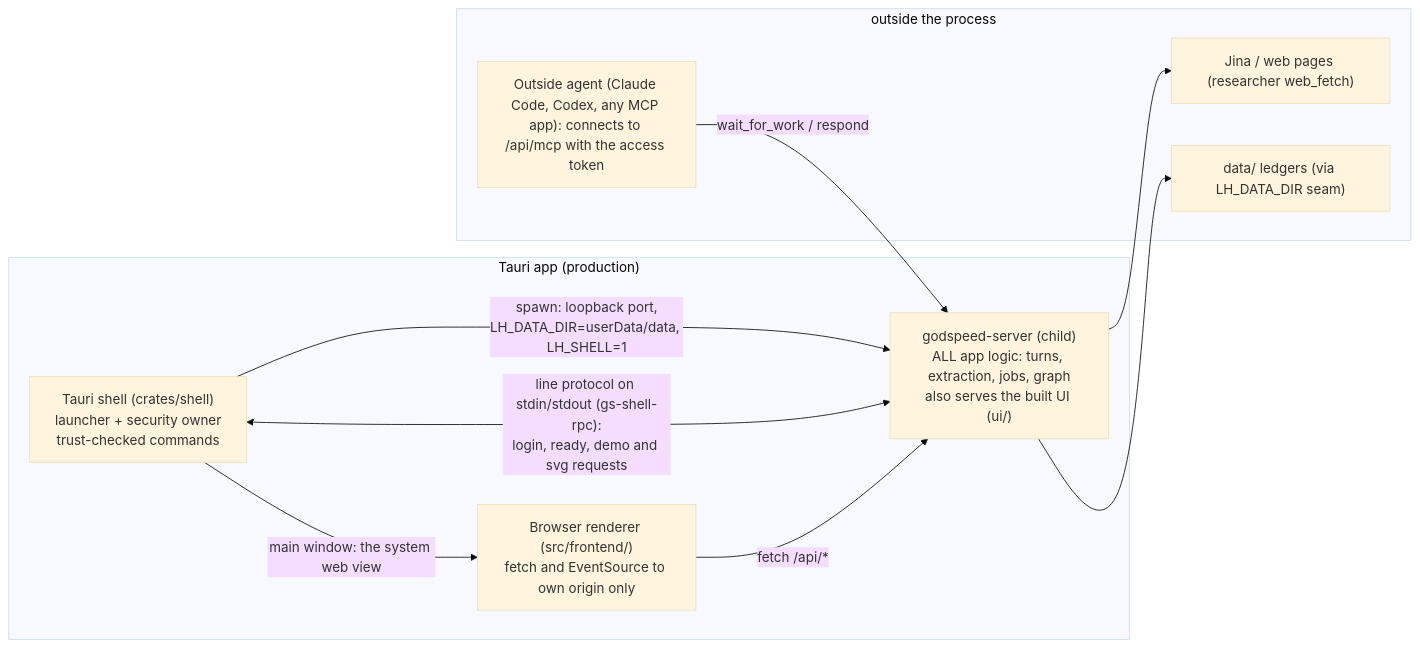
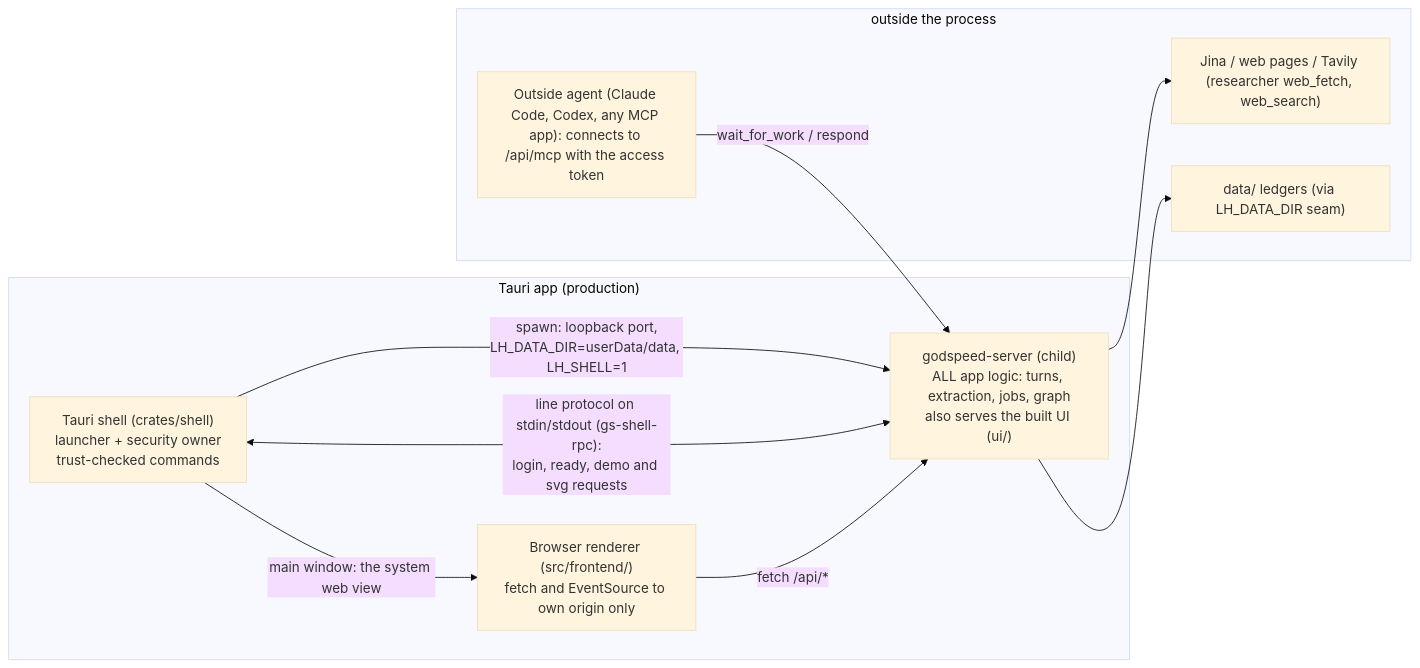
Before and after one commit to bayshores/godspeed: the seventh of 7 diagrams in docs/architecture.md, drawn with Mermaid (base theme). The commit also changed other lines of this file and 150 other files, not shown here.

First line of the commit message:
Open Claude Code opens a helper beside the teacher that reads files and builds the graph, a page being worked on gets a striped frame and a top bar chip, Settings shows both windows, and web search can use your own Tavily key

````diff
--- a/docs/architecture.md
+++ b/docs/architecture.md
@@ -435,17 +435,17 @@
 ```mermaid
 flowchart LR
     subgraph DESKTOP["Tauri app (production)"]
         SHELLP["Tauri shell (crates/shell)<br/>launcher + security owner<br/>trust-checked commands"] -->|"spawn: loopback port,<br/>LH_DATA_DIR=userData/data, LH_SHELL=1"| SRV["godspeed-server (child)<br/>ALL app logic: turns, extraction, jobs, graph<br/>also serves the built UI (ui/)"]
         SHELLP <-->|"line protocol on stdin/stdout (gs-shell-rpc):<br/>login, ready, demo and svg requests"| SRV
         SHELLP -->|"main window: the system web view"| REND["Browser renderer (src/frontend/)<br/>fetch and EventSource to own origin only"]
     end
     subgraph OUTSIDE["outside the process"]
         OR["Outside agent (Claude Code, Codex, any MCP app): connects to /api/mcp with the access token"]
-        GCSE["Jina / web pages (researcher web_fetch)"]
+        GCSE["Jina / web pages / Tavily (researcher web_fetch, web_search)"]
         DISK["data/ ledgers (via LH_DATA_DIR seam)"]
     end
     OR -->|"wait_for_work / respond"| SRV
     SRV --> GCSE
     SRV --> DISK
     REND -->|"fetch /api/*"| SRV
 ```
````
